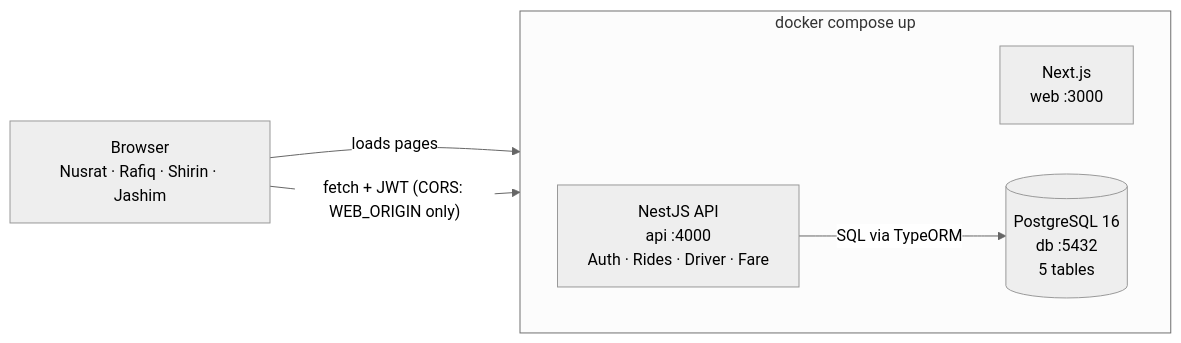
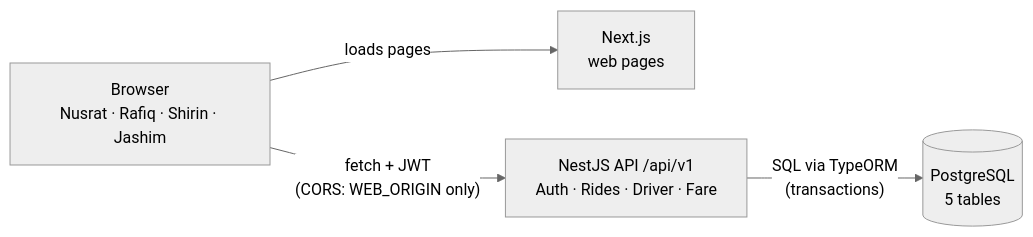
One commit to zobayer-hosen/dhaka-tesla-pool changed the first of 3 diagrams in README.md. Above: the diagram before and after it, drawn with Mermaid (neutral theme). The commit also changed other lines of this file, not shown here.

````diff
--- a/README.md
+++ b/README.md
@@ -51,13 +107,10 @@
 ```mermaid
 flowchart LR
   B["Browser<br/>Nusrat · Rafiq · Shirin · Jashim"]
-  subgraph DOCKER["docker compose up"]
-    direction LR
-    W["Next.js<br/>web :3000"]
-    A["NestJS API<br/>api :4000<br/>Auth · Rides · Driver · Fare"]
-    D[("PostgreSQL 16<br/>db :5432<br/>5 tables")]
-  end
+  W["Next.js<br/>web pages"]
+  A["NestJS API /api/v1<br/>Auth · Rides · Driver · Fare"]
+  D[("PostgreSQL<br/>5 tables")]
   B -- "loads pages" --> W
-  B -- "fetch + JWT (CORS: WEB_ORIGIN only)" --> A
-  A -- "SQL via TypeORM" --> D
+  B -- "fetch + JWT<br/>(CORS: WEB_ORIGIN only)" --> A
+  A -- "SQL via TypeORM<br/>(transactions)" --> D
 ```
````
